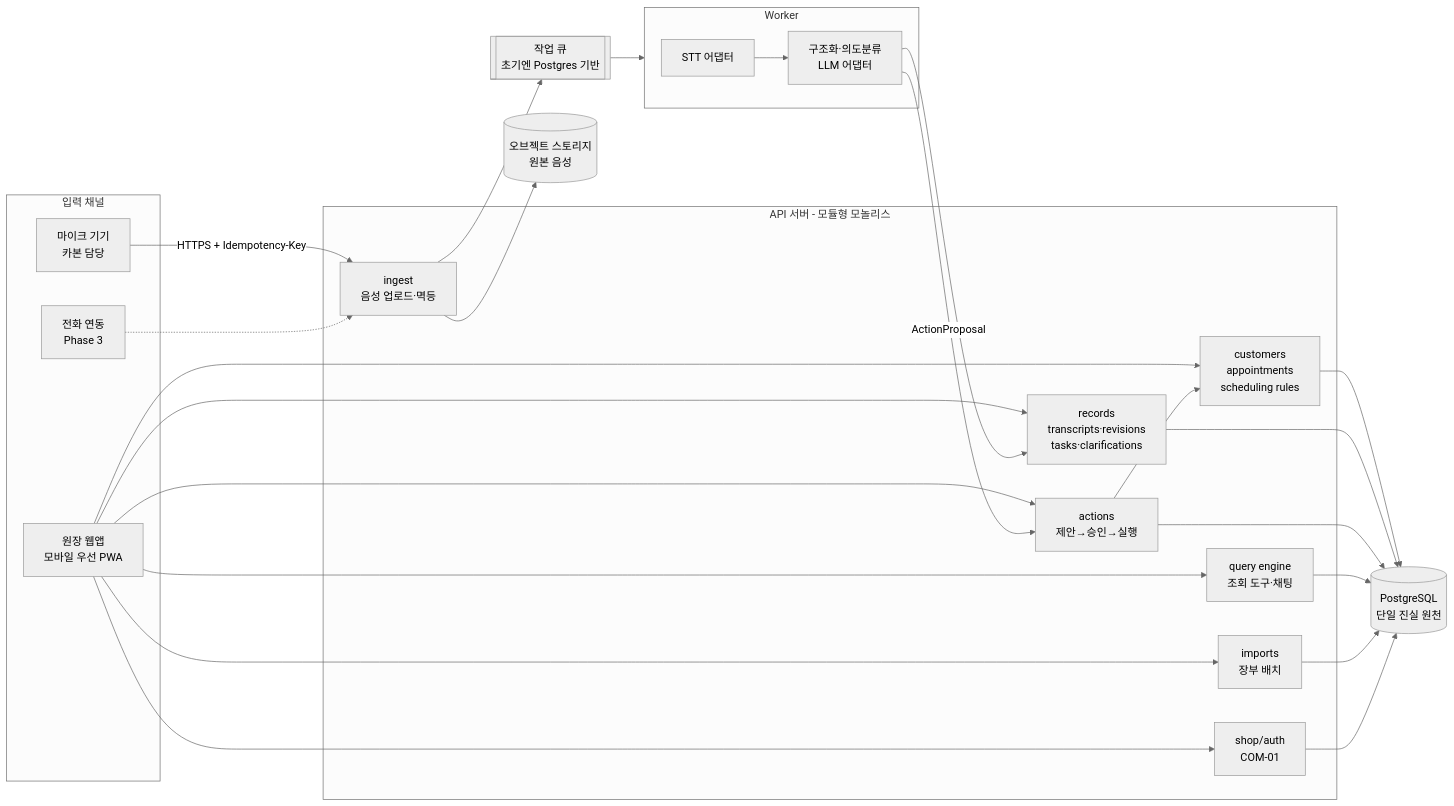
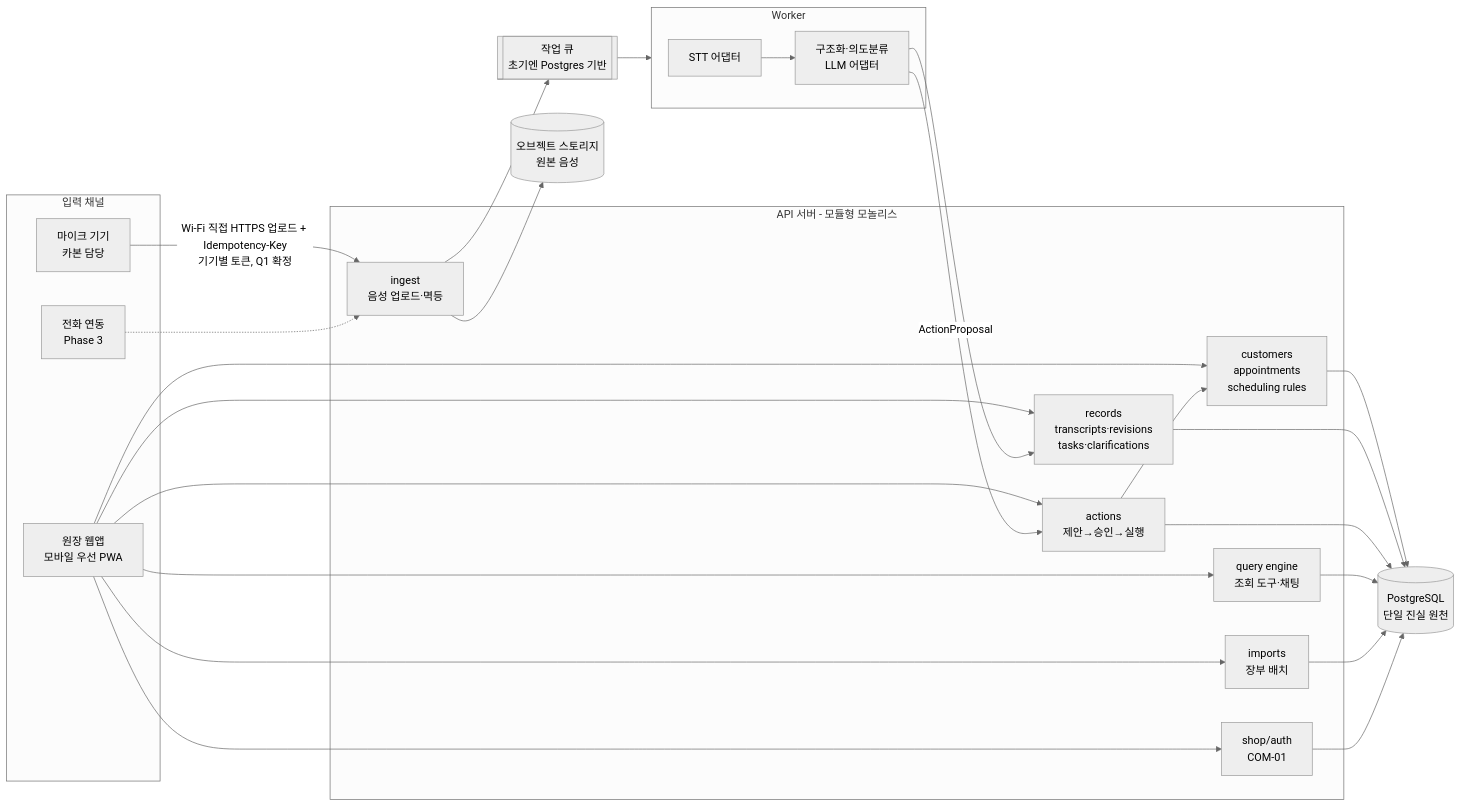
Before and after one commit to beautifulvoice-dev/Beautiful_Voice: the first of 2 diagrams in docs/kickoff/02-architecture.md, drawn with Mermaid (neutral theme). The commit also changed other lines of this file and 10 other files, not shown here.

````diff
--- a/docs/kickoff/02-architecture.md
+++ b/docs/kickoff/02-architecture.md
@@ -19,37 +19,37 @@
 ```mermaid
 flowchart LR
   subgraph Edge[입력 채널]
     MIC[마이크 기기<br/>카본 담당]
     WEB[원장 웹앱<br/>모바일 우선 PWA]
     PHONE[전화 연동<br/>Phase 3]
   end
 
   subgraph API[API 서버 - 모듈형 모놀리스]
     INGEST[ingest<br/>음성 업로드·멱등]
     SHOP[shop/auth<br/>COM-01]
     CRM[customers<br/>appointments<br/>scheduling rules]
     REC[records<br/>transcripts·revisions<br/>tasks·clarifications]
     ACT[actions<br/>제안→승인→실행]
     QRY[query engine<br/>조회 도구·채팅]
     IMP[imports<br/>장부 배치]
   end
 
   subgraph WK[Worker]
     STT[STT 어댑터]
     LLM[구조화·의도분류<br/>LLM 어댑터]
   end
 
   DB[(PostgreSQL<br/>단일 진실 원천)]
   OBJ[(오브젝트 스토리지<br/>원본 음성)]
   Q[[작업 큐<br/>초기엔 Postgres 기반]]
 
-  MIC -->|HTTPS + Idempotency-Key| INGEST
+  MIC -->|Wi-Fi 직접 HTTPS 업로드 + Idempotency-Key<br/>기기별 토큰, Q1 확정| INGEST
   WEB --> SHOP & CRM & REC & ACT & QRY & IMP
   PHONE -.-> INGEST
   INGEST --> OBJ
   INGEST --> Q --> WK
   STT --> LLM --> REC
   LLM -->|ActionProposal| ACT
   ACT --> CRM
   CRM & REC & ACT & QRY & IMP & SHOP --> DB
 ```
````
